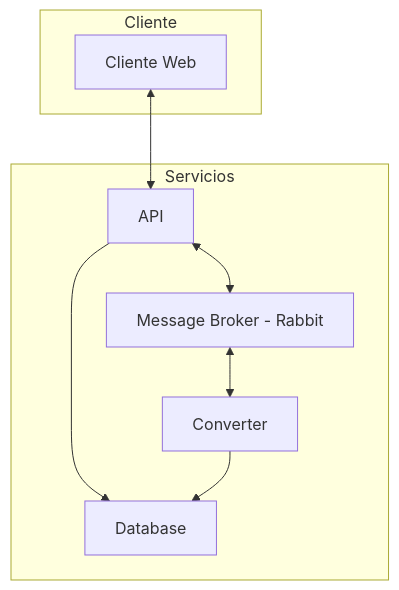
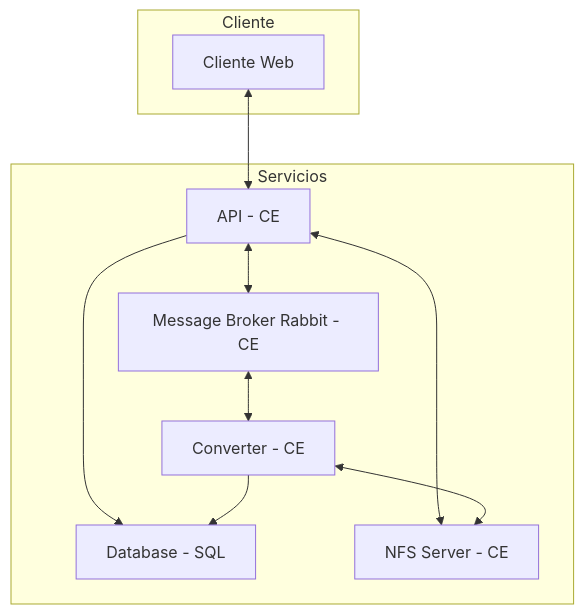
One commit to muniter/uni_cloud_convert changed the first of 4 diagrams in README.md. Above: the diagram before and after it, drawn with Mermaid. The commit also changed other lines of this file, not shown here.

````diff
--- a/README.md
+++ b/README.md
@@ -20,17 +26,20 @@
 ```mermaid
 flowchart TD
   subgraph Cliente
     web[Cliente Web]
   end
   web<-->api
   subgraph Servicios
-    api[API]
-    mb[Message Broker - Rabbit]
-    db[Database]
+    api[API - CE]
+    co[Converter - CE]
+    mb[Message Broker Rabbit - CE]
+    db[Database - SQL]
+    nfs[NFS Server - CE]
     api<-->mb
+    api<-->nfs
     api-->db
-    co[Converter]
+    co<-->nfs
     mb<-->co
     co-->db
   end
 ```
````
